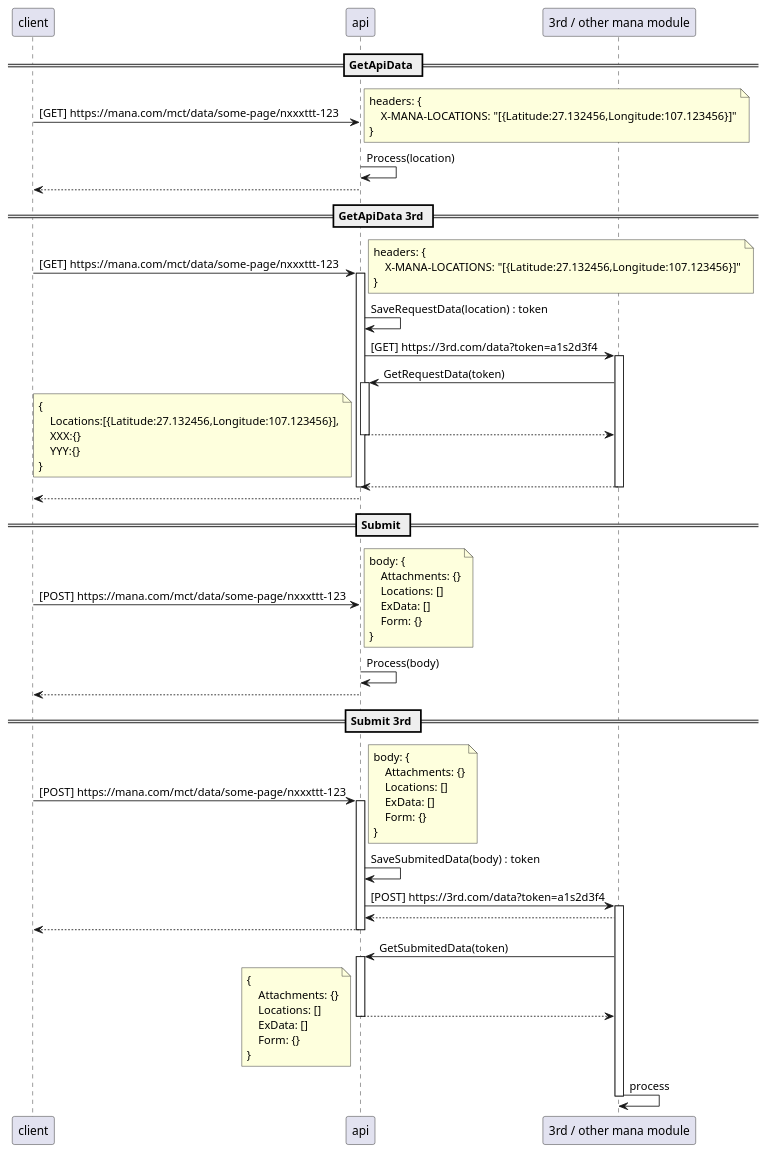
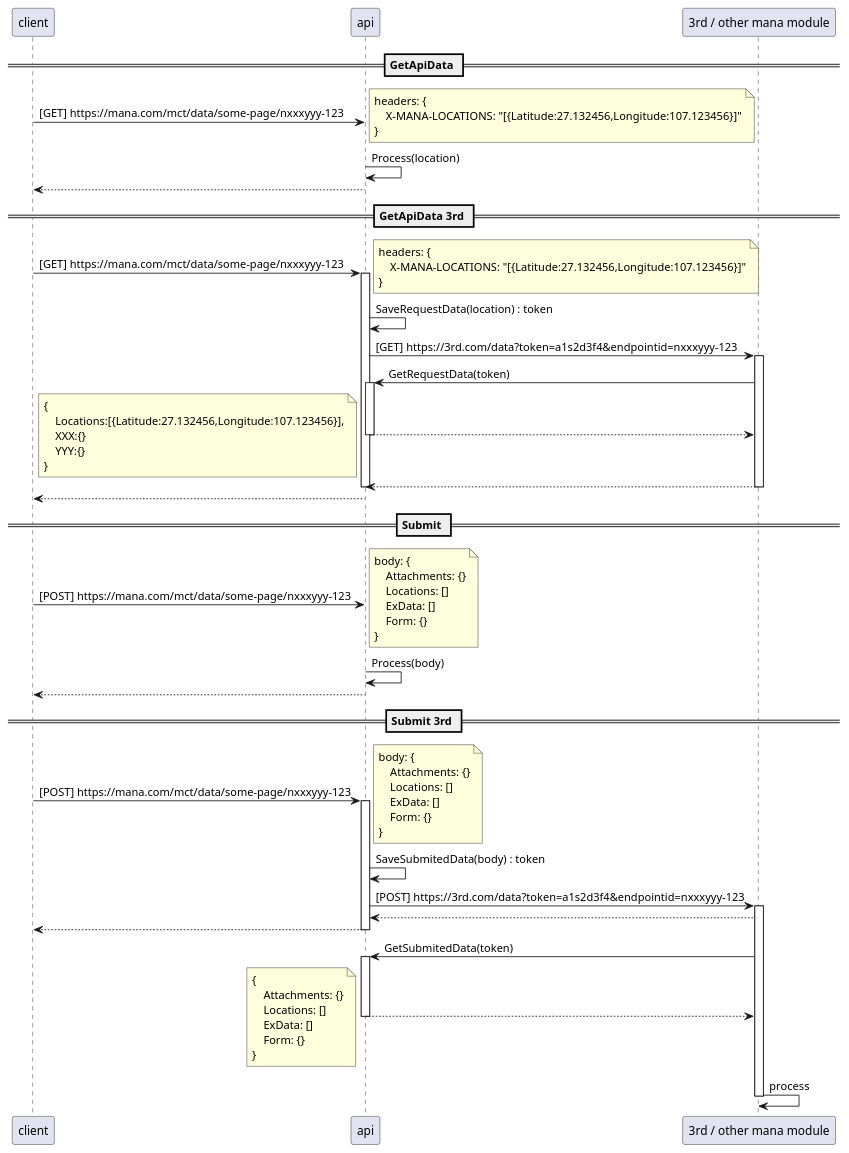
One commit to BugLordTO/cart-ideas changed the diagram in ManaRequestBody/sequence-api.puml. Above: the diagram before and after it, drawn with PlantUML. The commit also changed 7 other files, not shown here.

```diff
--- a/ManaRequestBody/sequence-api.puml
+++ b/ManaRequestBody/sequence-api.puml
@@ -1,93 +1,93 @@
 @startuml sequence
 
 participant client
 participant api
 participant "3rd / other mana module" as 3rd
 
 == GetApiData ==
 
-client -> api : [GET] https://mana.com/mct/data/some-page/nxxxttt-123
+client -> api : [GET] https://mana.com/mct/data/some-page/nxxxyyy-123
 note right
 headers: {
     X-MANA-LOCATIONS: "[{Latitude:27.132456,Longitude:107.123456}]"
 }
 endnote
 api -> api : Process(location)
 client <-- api
 
 == GetApiData 3rd ==
 
-client -> api : [GET] https://mana.com/mct/data/some-page/nxxxttt-123
+client -> api : [GET] https://mana.com/mct/data/some-page/nxxxyyy-123
 activate api
 note right
 headers: {
     X-MANA-LOCATIONS: "[{Latitude:27.132456,Longitude:107.123456}]"
 }
 endnote
 api -> api : SaveRequestData(location) : token
-api -> 3rd : [GET] https://3rd.com/data?token=a1s2d3f4
+api -> 3rd : [GET] https://3rd.com/data?token=a1s2d3f4&endpointid=nxxxyyy-123
 activate 3rd
 api <- 3rd : GetRequestData(token)
 activate api
 api --> 3rd
 note left
 {
     Locations:[{Latitude:27.132456,Longitude:107.123456}],
     XXX:{}
     YYY:{}
 }
 endnote
 deactivate
 api <-- 3rd
 deactivate
 deactivate
 client <-- api
 
 == Submit ==
 
-client -> api : [POST] https://mana.com/mct/data/some-page/nxxxttt-123
+client -> api : [POST] https://mana.com/mct/data/some-page/nxxxyyy-123
 note right
 body: {
     Attachments: {}
     Locations: []
     ExData: []
     Form: {}
 }
 endnote
 api -> api : Process(body)
 client <-- api
 
 == Submit 3rd ==
 
-client -> api : [POST] https://mana.com/mct/data/some-page/nxxxttt-123
+client -> api : [POST] https://mana.com/mct/data/some-page/nxxxyyy-123
 activate api
 note right
 body: {
     Attachments: {}
     Locations: []
     ExData: []
     Form: {}
 }
 endnote
 api -> api : SaveSubmitedData(body) : token
-api -> 3rd : [POST] https://3rd.com/data?token=a1s2d3f4
+api -> 3rd : [POST] https://3rd.com/data?token=a1s2d3f4&endpointid=nxxxyyy-123
 activate 3rd
 api <-- 3rd
 client <-- api
 deactivate api
 api <- 3rd : GetSubmitedData(token)
 activate api
 api --> 3rd
 note left
 {
     Attachments: {}
     Locations: []
     ExData: []
     Form: {}
 }
 endnote
 deactivate api
 3rd -> 3rd : process
 deactivate 3rd
 
 @enduml
```
